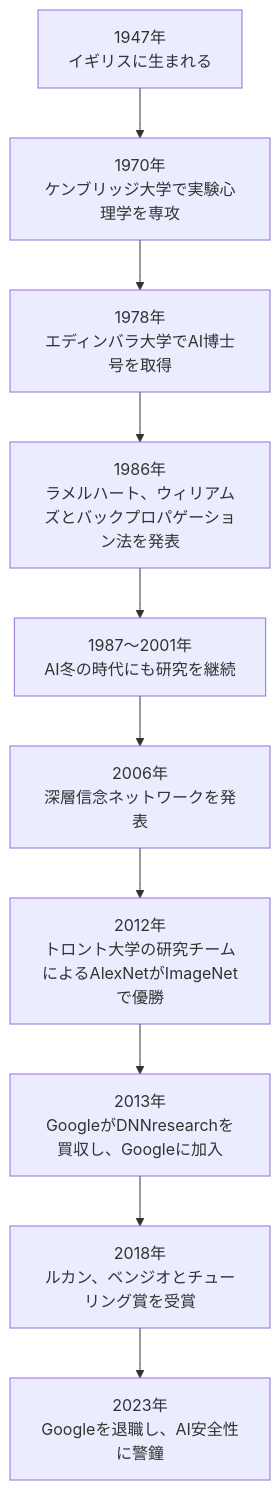
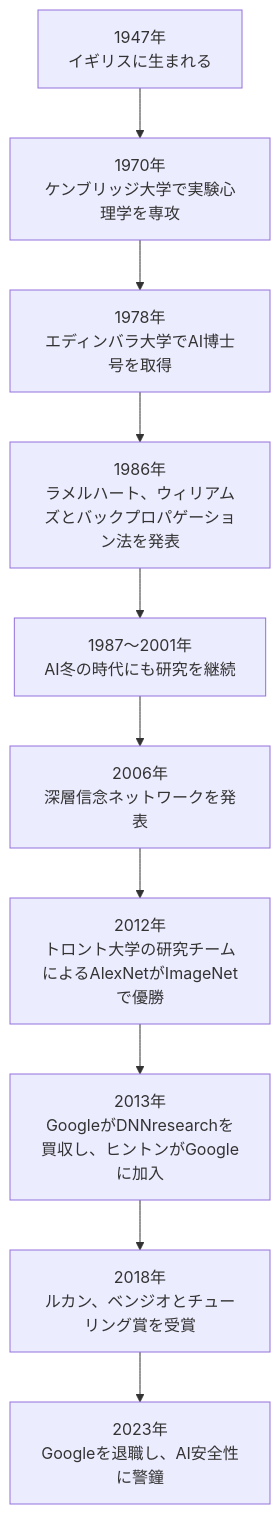
Before and after one commit to itdojp/cs-visionaries-book: the diagram in diagrams/mermaid/hinton-ai-history-timeline.mmd, drawn with Mermaid. The commit also changed 5 other files, not shown here.

Commit message:
fix: address static diagram review feedback

```diff
--- a/diagrams/mermaid/hinton-ai-history-timeline.mmd
+++ b/diagrams/mermaid/hinton-ai-history-timeline.mmd
@@ -1,16 +1,16 @@
 flowchart TB
     accTitle: ジェフリー・ヒントンとAI発展の歴史
     accDescr: 1947年のヒントン誕生から、学習と研究の節目、AI冬の時代、深層学習の発展、2018年のチューリング賞、2023年のGoogle退職までを時系列で示す。
 
     Y1947["1947年<br/>イギリスに生まれる"]
     Y1970["1970年<br/>ケンブリッジ大学で実験心理学を専攻"]
     Y1978["1978年<br/>エディンバラ大学でAI博士号を取得"]
     Y1986["1986年<br/>ラメルハート、ウィリアムズとバックプロパゲーション法を発表"]
     Y1987["1987〜2001年<br/>AI冬の時代にも研究を継続"]
     Y2006["2006年<br/>深層信念ネットワークを発表"]
     Y2012["2012年<br/>トロント大学の研究チームによるAlexNetがImageNetで優勝"]
-    Y2013["2013年<br/>GoogleがDNNresearchを買収し、Googleに加入"]
+    Y2013["2013年<br/>GoogleがDNNresearchを買収し、ヒントンがGoogleに加入"]
     Y2018["2018年<br/>ルカン、ベンジオとチューリング賞を受賞"]
     Y2023["2023年<br/>Googleを退職し、AI安全性に警鐘"]
 
     Y1947 --> Y1970 --> Y1978 --> Y1986 --> Y1987 --> Y2006 --> Y2012 --> Y2013 --> Y2018 --> Y2023
```
